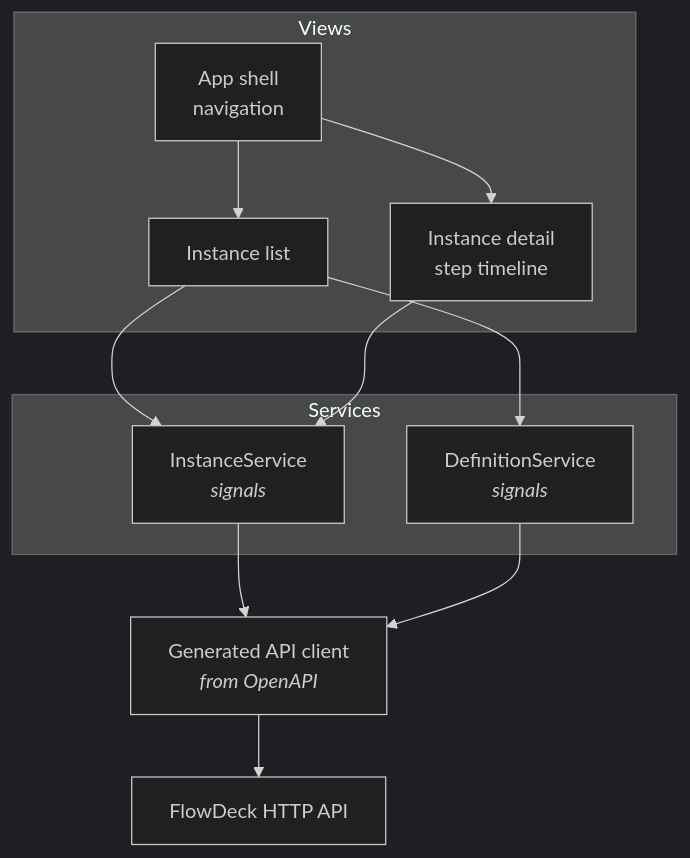
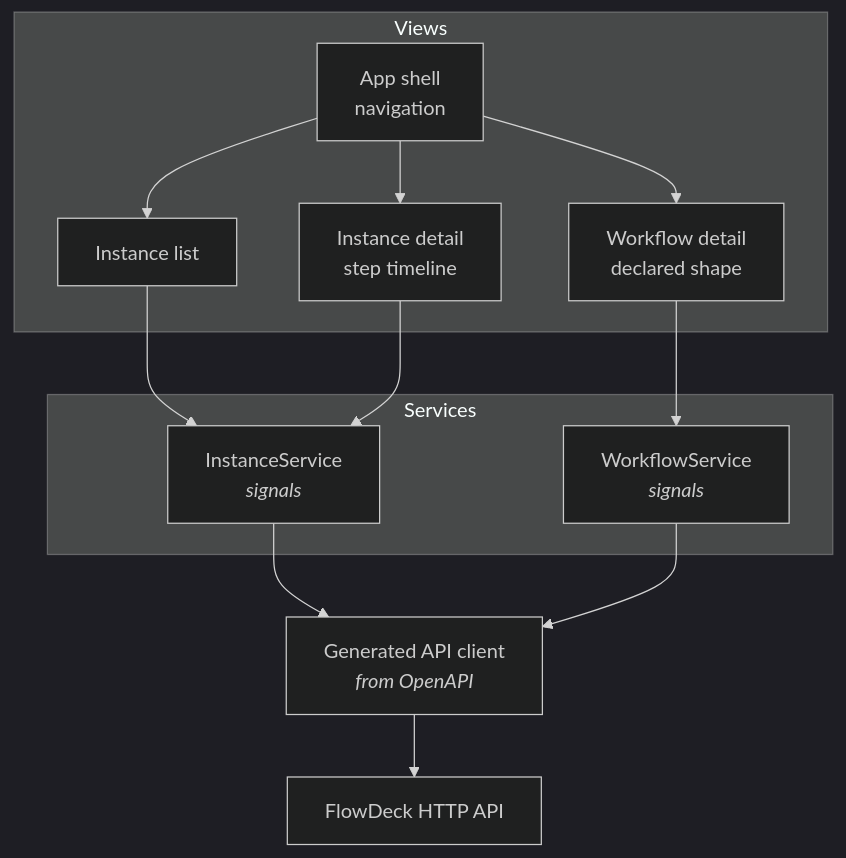
One commit to inferenceailab/FlowDeck changed the diagram in docs/frontend-architecture.md. Above: the diagram before and after it, drawn with Mermaid (dark theme). The commit also changed other lines of this file and 12 other files, not shown here.

First line of the commit message:
feat: render a definition's shape in the dashboard (#172) (#175)

````diff
--- a/docs/frontend-architecture.md
+++ b/docs/frontend-architecture.md
@@ -9,25 +10,27 @@
 ```mermaid
 graph TB
     subgraph views["Views"]
         SHELL["App shell<br/>navigation"]
         LIST["Instance list"]
         DETAIL["Instance detail<br/>step timeline"]
+        WORKFLOW["Workflow detail<br/>declared shape"]
     end
 
     subgraph state["Services"]
         INSTANCES["InstanceService<br/><i>signals</i>"]
-        DEFS["DefinitionService<br/><i>signals</i>"]
+        WORKFLOWS["WorkflowService<br/><i>signals</i>"]
     end
 
     CLIENT["Generated API client<br/><i>from OpenAPI</i>"]
     API["FlowDeck HTTP API"]
 
     SHELL --> LIST
     SHELL --> DETAIL
+    SHELL --> WORKFLOW
     LIST --> INSTANCES
     DETAIL --> INSTANCES
-    LIST --> DEFS
+    WORKFLOW --> WORKFLOWS
     INSTANCES --> CLIENT
-    DEFS --> CLIENT
+    WORKFLOWS --> CLIENT
     CLIENT --> API
 ```
````
